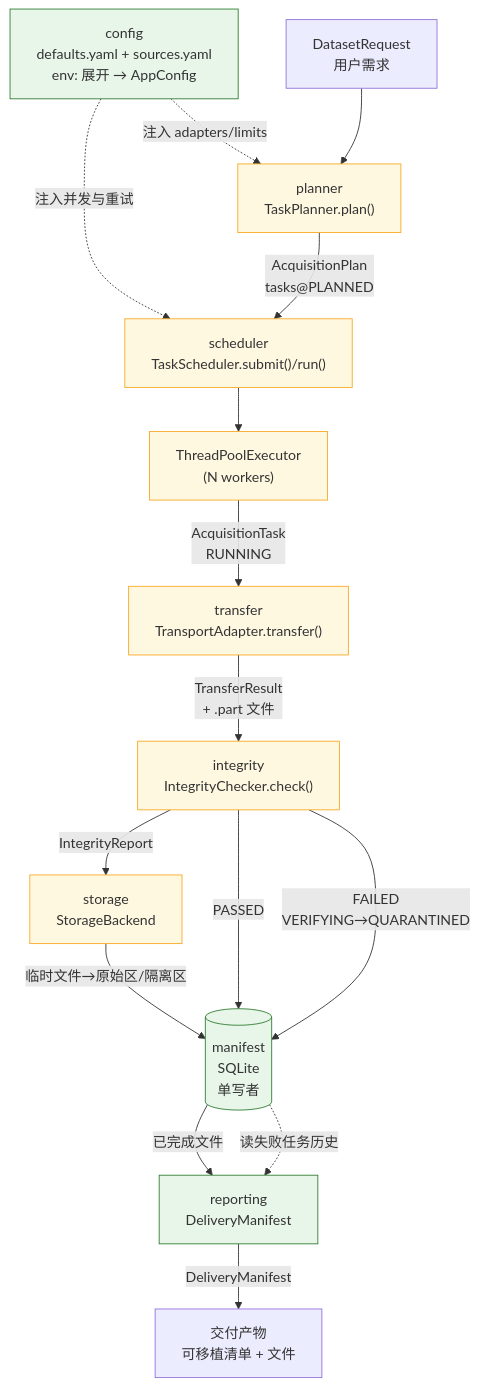
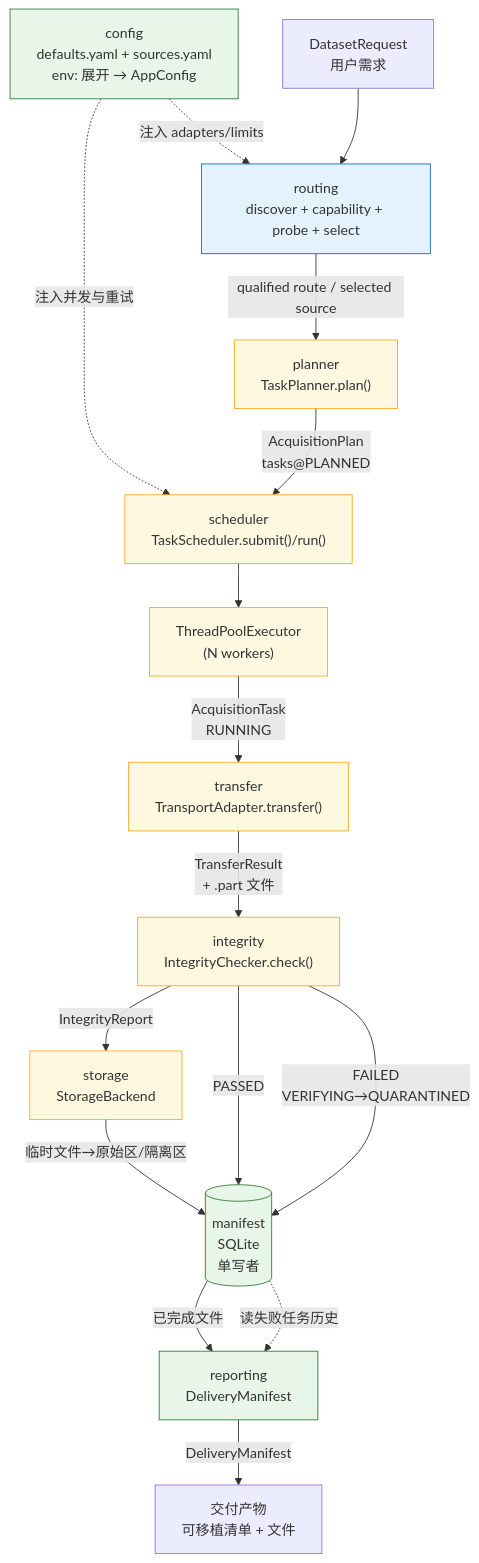
The diagram in docs/architecture.md (Neiyako/ResearchDataHub), drawn with Mermaid before and after one commit. The commit also changed other lines of this file and 35 other files, not shown here.

````diff
--- a/docs/architecture.md
+++ b/docs/architecture.md
@@ -50,33 +53,37 @@
 ```mermaid
 flowchart TD
     REQ["DatasetRequest<br/>用户需求"]
     CFG["config<br/>defaults.yaml + sources.yaml<br/>env: 展开 → AppConfig"]
+    ROUTE["routing<br/>discover + capability + probe + select"]
     PLAN["planner<br/>TaskPlanner.plan()"]
     SCH["scheduler<br/>TaskScheduler.submit()/run()"]
     POOL["ThreadPoolExecutor<br/>(N workers)"]
     TR["transfer<br/>TransportAdapter.transfer()"]
     INT["integrity<br/>IntegrityChecker.check()"]
     ST["storage<br/>StorageBackend"]
     MAN[("manifest<br/>SQLite<br/>单写者")]
     REP["reporting<br/>DeliveryManifest"]
 
-    CFG -.注入 adapters/limits.-> PLAN
+    CFG -.注入 adapters/limits.-> ROUTE
     CFG -.注入并发与重试.-> SCH
-    REQ --> PLAN
+    REQ --> ROUTE
+    ROUTE -->|"qualified route / selected source"| PLAN
     PLAN -->|"AcquisitionPlan<br/>tasks@PLANNED"| SCH
     SCH --> POOL
     POOL -->|"AcquisitionTask<br/>RUNNING"| TR
     TR -->|"TransferResult<br/>+ .part 文件"| INT
     INT -->|"IntegrityReport"| ST
     ST -->|"临时文件→原始区/隔离区"| MAN
     INT -->|"PASSED"| MAN
     INT -->|"FAILED<br/>VERIFYING→QUARANTINED"| MAN
     MAN -->|"已完成文件"| REP
     REP -->|"DeliveryManifest"| OUT["交付产物<br/>可移植清单 + 文件"]
     MAN -.->|"读失败任务历史"| REP
 
     classDef m0 fill:#e8f5e9,stroke:#2e7d32
     classDef m1 fill:#fff8e1,stroke:#f9a825
     class CFG,MAN,REP m0
     class PLAN,SCH,POOL,TR,INT,ST m1
+    classDef route fill:#e3f2fd,stroke:#1565c0
+    class ROUTE route
 ```
````
